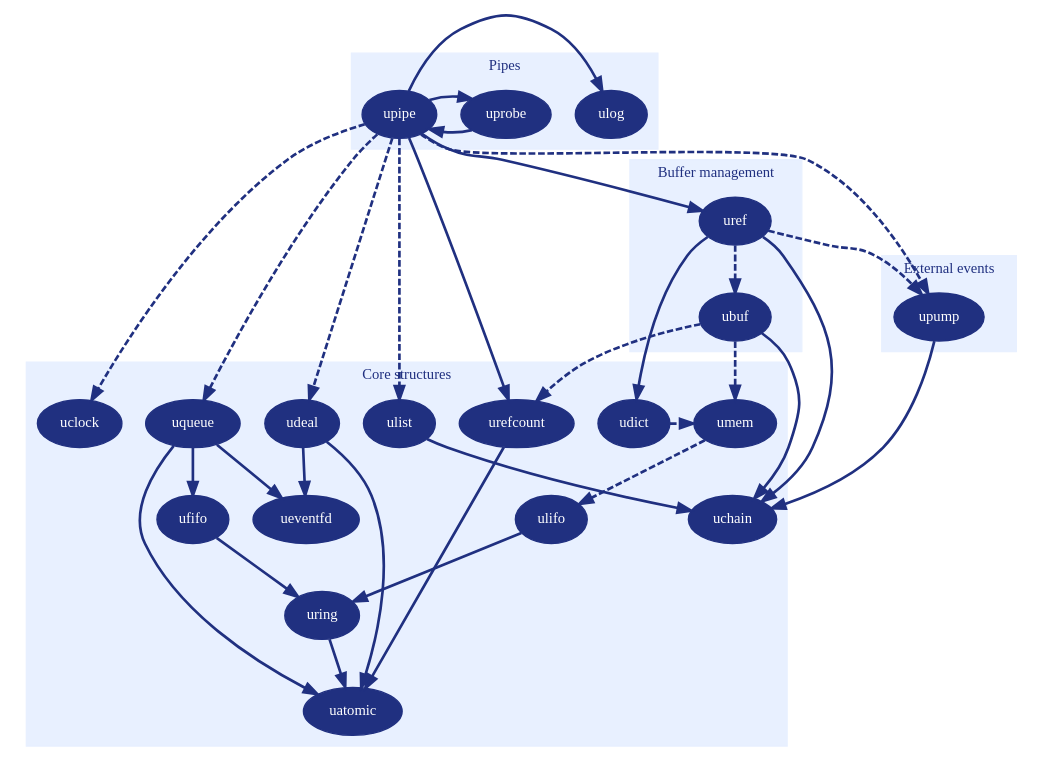
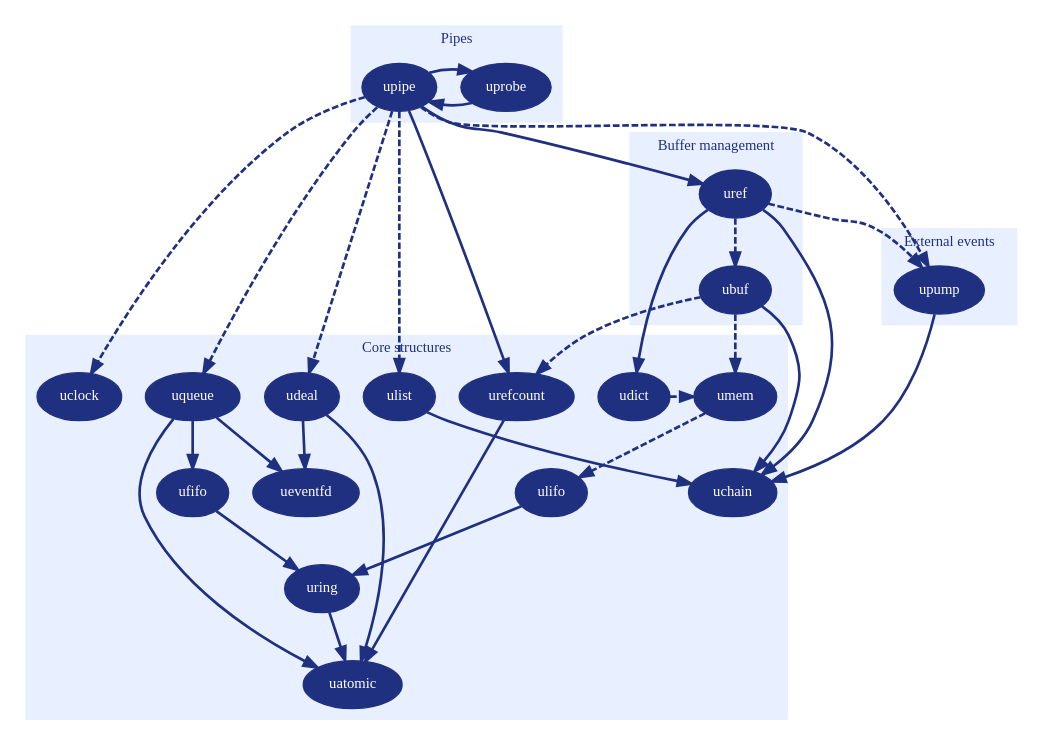
The diagram in doc/dependancies.dot (Upipe/upipe), drawn with Graphviz before and after one commit. The commit also changed 6 other files, not shown here.

```diff
--- a/doc/dependancies.dot
+++ b/doc/dependancies.dot
@@ -1,105 +1,103 @@
 digraph "Upipe objects dependancies" {
 	graph [bgcolor="#00000000"];
 	edge [penwidth=2, color="#203080"];
 	node [shape="oval", style="filled", fontname="Verdana Black", fontsize=11, fontcolor="white", color="#203080", fillcolor="#203080"];
 
 	subgraph cluster_pipes {
 		color="#E8F0FF";
 		style="filled";
 		label="Pipes";
 		fontname="Verdana Black";
 		fontsize=11;
 		fontcolor="#203080";
 		subgraph {
 			rank = source;
-			ulog;
 			uprobe;
 			upipe;
 		}
 	}
 
 	subgraph cluster_pumps {
 		color="#E8F0FF";
 		style="filled";
 		label="External events";
 		fontname="Verdana Black";
 		fontsize=11;
 		fontcolor="#203080";
 		upump;
 	}
 
 	subgraph cluster_buffers {
 		color="#E8F0FF";
 		style="filled";
 		label="Buffer management";
 		fontname="Verdana Black";
 		fontsize=11;
 		fontcolor="#203080";
 		ubuf;
 		uref;
 	}
 
 	subgraph cluster_core {
 		color="#E8F0FF";
 		style="filled";
 		label="Core structures";
 		fontname="Verdana Black";
 		fontsize=11;
 		fontcolor="#203080";
 		subgraph {
 			rank = same;
 			uclock;
 			ulist;
 			uqueue;
 			urefcount;
 			udict;
 			umem;
 		}
 		uchain;
 		uatomic;
 		uring;
 		ulifo;
 		ufifo;
 		udeal;
 		ueventfd;
 	}
 
 	uref->ubuf [style="dashed"];
 	uref->udict;
 	uref->upump [style="dashed"];
 	uref->uchain;
 
 	ubuf->uchain;
 	ubuf->umem [style="dashed"];
 	ubuf->urefcount [style="dashed"];
 
 	udict->umem [style="dashed"];
 
 	umem->ulifo [style="dashed"];
 
 	udeal->uatomic;
 	udeal->ueventfd;
 	urefcount->uatomic;
 
 	ufifo->uring;
 	ulifo->uring;
 	uring->uatomic;
 	uqueue->ufifo;
 	uqueue->uatomic;
 	uqueue->ueventfd;
 
 	ulist->uchain;
 
 	uprobe->upipe;
 	upipe->uprobe;
-	upipe->ulog;
 	upipe->uref;
 	upipe->urefcount;
 	upipe->upump [style="dashed"];
 	upipe->uclock [style="dashed"];
 	upipe->udeal [style="dashed"];
 	upipe->uqueue [style="dashed"];
 	upipe->ulist [style="dashed"];
 
 	upump->uchain;
 }
```
